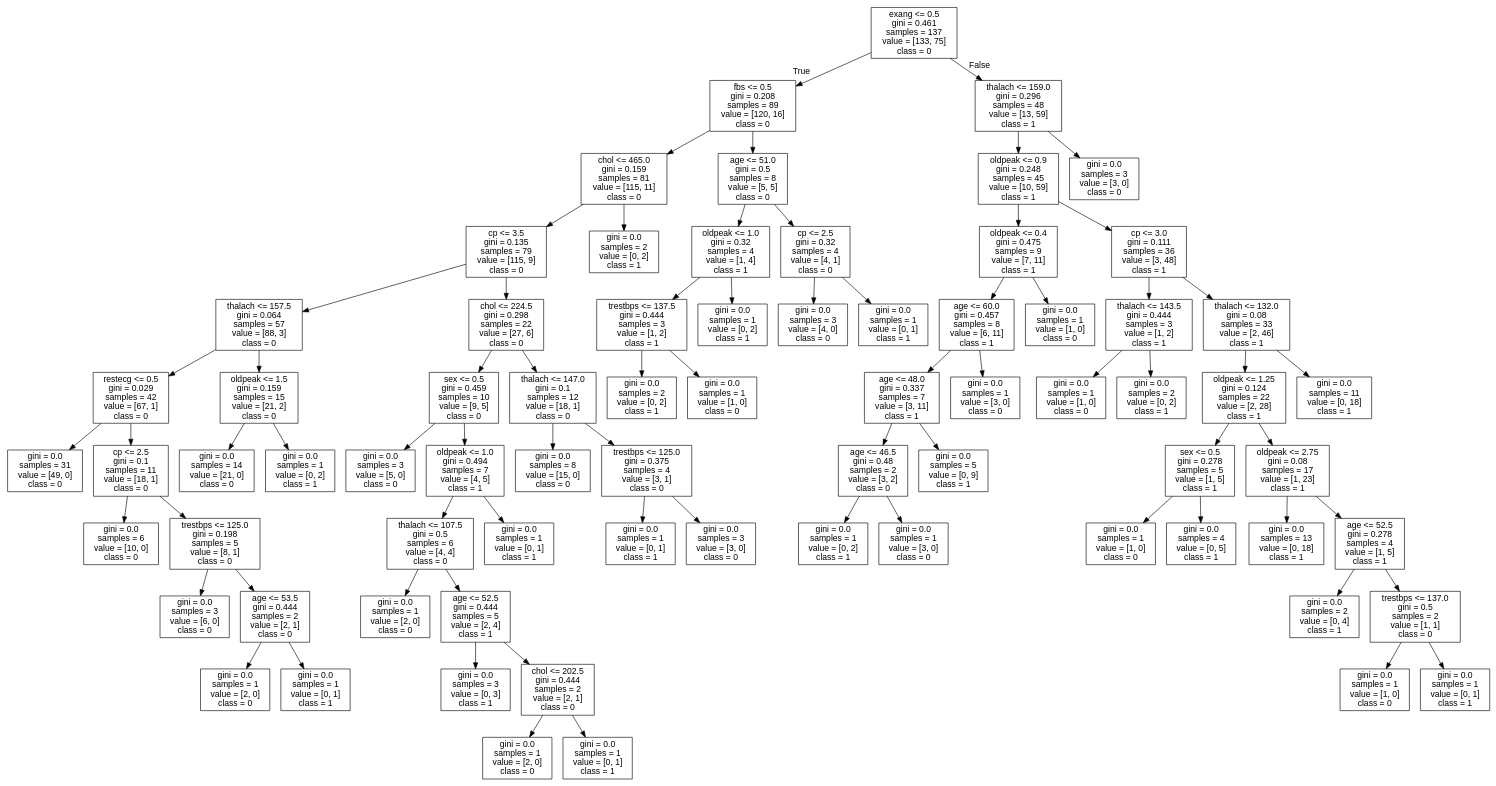
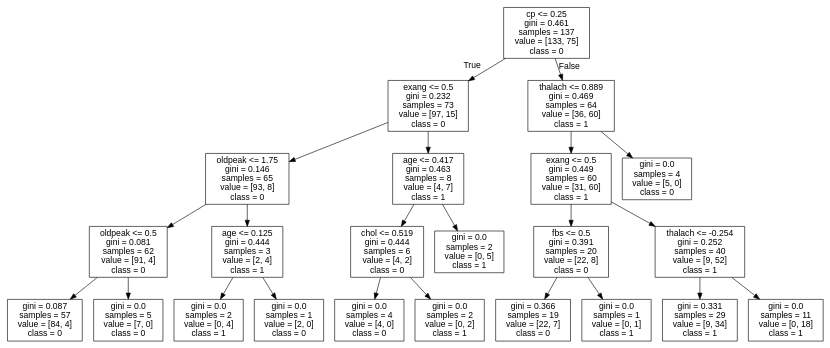
One commit to cyrilvincent/ML changed the diagram in data/heartdisease/tree.dot. Above: the diagram before and after it, drawn with Graphviz. The commit also changed 2 other files, not shown here.

```diff
--- a/data/heartdisease/tree.dot
+++ b/data/heartdisease/tree.dot
@@ -1,149 +1,49 @@
 digraph Tree {
 node [shape=box, fontname="helvetica"] ;
 edge [fontname="helvetica"] ;
-0 [label="exang <= 0.5\ngini = 0.461\nsamples = 137\nvalue = [133, 75]\nclass = 0"] ;
-1 [label="fbs <= 0.5\ngini = 0.208\nsamples = 89\nvalue = [120, 16]\nclass = 0"] ;
+0 [label="cp <= 0.25\ngini = 0.461\nsamples = 137\nvalue = [133, 75]\nclass = 0"] ;
+1 [label="exang <= 0.5\ngini = 0.232\nsamples = 73\nvalue = [97, 15]\nclass = 0"] ;
 0 -> 1 [labeldistance=2.5, labelangle=45, headlabel="True"] ;
-2 [label="chol <= 465.0\ngini = 0.159\nsamples = 81\nvalue = [115, 11]\nclass = 0"] ;
+2 [label="oldpeak <= 1.75\ngini = 0.146\nsamples = 65\nvalue = [93, 8]\nclass = 0"] ;
 1 -> 2 ;
-3 [label="cp <= 3.5\ngini = 0.135\nsamples = 79\nvalue = [115, 9]\nclass = 0"] ;
+3 [label="oldpeak <= 0.5\ngini = 0.081\nsamples = 62\nvalue = [91, 4]\nclass = 0"] ;
 2 -> 3 ;
-4 [label="thalach <= 157.5\ngini = 0.064\nsamples = 57\nvalue = [88, 3]\nclass = 0"] ;
+4 [label="gini = 0.087\nsamples = 57\nvalue = [84, 4]\nclass = 0"] ;
 3 -> 4 ;
-5 [label="restecg <= 0.5\ngini = 0.029\nsamples = 42\nvalue = [67, 1]\nclass = 0"] ;
-4 -> 5 ;
-6 [label="gini = 0.0\nsamples = 31\nvalue = [49, 0]\nclass = 0"] ;
-5 -> 6 ;
-7 [label="cp <= 2.5\ngini = 0.1\nsamples = 11\nvalue = [18, 1]\nclass = 0"] ;
-5 -> 7 ;
-8 [label="gini = 0.0\nsamples = 6\nvalue = [10, 0]\nclass = 0"] ;
-7 -> 8 ;
-9 [label="trestbps <= 125.0\ngini = 0.198\nsamples = 5\nvalue = [8, 1]\nclass = 0"] ;
-7 -> 9 ;
-10 [label="gini = 0.0\nsamples = 3\nvalue = [6, 0]\nclass = 0"] ;
+5 [label="gini = 0.0\nsamples = 5\nvalue = [7, 0]\nclass = 0"] ;
+3 -> 5 ;
+6 [label="age <= 0.125\ngini = 0.444\nsamples = 3\nvalue = [2, 4]\nclass = 1"] ;
+2 -> 6 ;
+7 [label="gini = 0.0\nsamples = 2\nvalue = [0, 4]\nclass = 1"] ;
+6 -> 7 ;
+8 [label="gini = 0.0\nsamples = 1\nvalue = [2, 0]\nclass = 0"] ;
+6 -> 8 ;
+9 [label="age <= 0.417\ngini = 0.463\nsamples = 8\nvalue = [4, 7]\nclass = 1"] ;
+1 -> 9 ;
+10 [label="chol <= 0.519\ngini = 0.444\nsamples = 6\nvalue = [4, 2]\nclass = 0"] ;
 9 -> 10 ;
-11 [label="age <= 53.5\ngini = 0.444\nsamples = 2\nvalue = [2, 1]\nclass = 0"] ;
-9 -> 11 ;
-12 [label="gini = 0.0\nsamples = 1\nvalue = [2, 0]\nclass = 0"] ;
-11 -> 12 ;
-13 [label="gini = 0.0\nsamples = 1\nvalue = [0, 1]\nclass = 1"] ;
-11 -> 13 ;
-14 [label="oldpeak <= 1.5\ngini = 0.159\nsamples = 15\nvalue = [21, 2]\nclass = 0"] ;
-4 -> 14 ;
-15 [label="gini = 0.0\nsamples = 14\nvalue = [21, 0]\nclass = 0"] ;
+11 [label="gini = 0.0\nsamples = 4\nvalue = [4, 0]\nclass = 0"] ;
+10 -> 11 ;
+12 [label="gini = 0.0\nsamples = 2\nvalue = [0, 2]\nclass = 1"] ;
+10 -> 12 ;
+13 [label="gini = 0.0\nsamples = 2\nvalue = [0, 5]\nclass = 1"] ;
+9 -> 13 ;
+14 [label="thalach <= 0.889\ngini = 0.469\nsamples = 64\nvalue = [36, 60]\nclass = 1"] ;
+0 -> 14 [labeldistance=2.5, labelangle=-45, headlabel="False"] ;
+15 [label="exang <= 0.5\ngini = 0.449\nsamples = 60\nvalue = [31, 60]\nclass = 1"] ;
 14 -> 15 ;
-16 [label="gini = 0.0\nsamples = 1\nvalue = [0, 2]\nclass = 1"] ;
-14 -> 16 ;
-17 [label="chol <= 224.5\ngini = 0.298\nsamples = 22\nvalue = [27, 6]\nclass = 0"] ;
-3 -> 17 ;
-18 [label="sex <= 0.5\ngini = 0.459\nsamples = 10\nvalue = [9, 5]\nclass = 0"] ;
-17 -> 18 ;
-19 [label="gini = 0.0\nsamples = 3\nvalue = [5, 0]\nclass = 0"] ;
-18 -> 19 ;
-20 [label="oldpeak <= 1.0\ngini = 0.494\nsamples = 7\nvalue = [4, 5]\nclass = 1"] ;
-18 -> 20 ;
-21 [label="thalach <= 107.5\ngini = 0.5\nsamples = 6\nvalue = [4, 4]\nclass = 0"] ;
-20 -> 21 ;
-22 [label="gini = 0.0\nsamples = 1\nvalue = [2, 0]\nclass = 0"] ;
-21 -> 22 ;
-23 [label="age <= 52.5\ngini = 0.444\nsamples = 5\nvalue = [2, 4]\nclass = 1"] ;
-21 -> 23 ;
-24 [label="gini = 0.0\nsamples = 3\nvalue = [0, 3]\nclass = 1"] ;
-23 -> 24 ;
-25 [label="chol <= 202.5\ngini = 0.444\nsamples = 2\nvalue = [2, 1]\nclass = 0"] ;
-23 -> 25 ;
-26 [label="gini = 0.0\nsamples = 1\nvalue = [2, 0]\nclass = 0"] ;
-25 -> 26 ;
-27 [label="gini = 0.0\nsamples = 1\nvalue = [0, 1]\nclass = 1"] ;
-25 -> 27 ;
-28 [label="gini = 0.0\nsamples = 1\nvalue = [0, 1]\nclass = 1"] ;
-20 -> 28 ;
-29 [label="thalach <= 147.0\ngini = 0.1\nsamples = 12\nvalue = [18, 1]\nclass = 0"] ;
-17 -> 29 ;
-30 [label="gini = 0.0\nsamples = 8\nvalue = [15, 0]\nclass = 0"] ;
-29 -> 30 ;
-31 [label="trestbps <= 125.0\ngini = 0.375\nsamples = 4\nvalue = [3, 1]\nclass = 0"] ;
-29 -> 31 ;
-32 [label="gini = 0.0\nsamples = 1\nvalue = [0, 1]\nclass = 1"] ;
-31 -> 32 ;
-33 [label="gini = 0.0\nsamples = 3\nvalue = [3, 0]\nclass = 0"] ;
-31 -> 33 ;
-34 [label="gini = 0.0\nsamples = 2\nvalue = [0, 2]\nclass = 1"] ;
-2 -> 34 ;
-35 [label="age <= 51.0\ngini = 0.5\nsamples = 8\nvalue = [5, 5]\nclass = 0"] ;
-1 -> 35 ;
-36 [label="oldpeak <= 1.0\ngini = 0.32\nsamples = 4\nvalue = [1, 4]\nclass = 1"] ;
-35 -> 36 ;
-37 [label="trestbps <= 137.5\ngini = 0.444\nsamples = 3\nvalue = [1, 2]\nclass = 1"] ;
-36 -> 37 ;
-38 [label="gini = 0.0\nsamples = 2\nvalue = [0, 2]\nclass = 1"] ;
-37 -> 38 ;
-39 [label="gini = 0.0\nsamples = 1\nvalue = [1, 0]\nclass = 0"] ;
-37 -> 39 ;
-40 [label="gini = 0.0\nsamples = 1\nvalue = [0, 2]\nclass = 1"] ;
-36 -> 40 ;
-41 [label="cp <= 2.5\ngini = 0.32\nsamples = 4\nvalue = [4, 1]\nclass = 0"] ;
-35 -> 41 ;
-42 [label="gini = 0.0\nsamples = 3\nvalue = [4, 0]\nclass = 0"] ;
-41 -> 42 ;
-43 [label="gini = 0.0\nsamples = 1\nvalue = [0, 1]\nclass = 1"] ;
-41 -> 43 ;
-44 [label="thalach <= 159.0\ngini = 0.296\nsamples = 48\nvalue = [13, 59]\nclass = 1"] ;
-0 -> 44 [labeldistance=2.5, labelangle=-45, headlabel="False"] ;
-45 [label="oldpeak <= 0.9\ngini = 0.248\nsamples = 45\nvalue = [10, 59]\nclass = 1"] ;
-44 -> 45 ;
-46 [label="oldpeak <= 0.4\ngini = 0.475\nsamples = 9\nvalue = [7, 11]\nclass = 1"] ;
-45 -> 46 ;
-47 [label="age <= 60.0\ngini = 0.457\nsamples = 8\nvalue = [6, 11]\nclass = 1"] ;
-46 -> 47 ;
-48 [label="age <= 48.0\ngini = 0.337\nsamples = 7\nvalue = [3, 11]\nclass = 1"] ;
-47 -> 48 ;
-49 [label="age <= 46.5\ngini = 0.48\nsamples = 2\nvalue = [3, 2]\nclass = 0"] ;
-48 -> 49 ;
-50 [label="gini = 0.0\nsamples = 1\nvalue = [0, 2]\nclass = 1"] ;
-49 -> 50 ;
-51 [label="gini = 0.0\nsamples = 1\nvalue = [3, 0]\nclass = 0"] ;
-49 -> 51 ;
-52 [label="gini = 0.0\nsamples = 5\nvalue = [0, 9]\nclass = 1"] ;
-48 -> 52 ;
-53 [label="gini = 0.0\nsamples = 1\nvalue = [3, 0]\nclass = 0"] ;
-47 -> 53 ;
-54 [label="gini = 0.0\nsamples = 1\nvalue = [1, 0]\nclass = 0"] ;
-46 -> 54 ;
-55 [label="cp <= 3.0\ngini = 0.111\nsamples = 36\nvalue = [3, 48]\nclass = 1"] ;
-45 -> 55 ;
-56 [label="thalach <= 143.5\ngini = 0.444\nsamples = 3\nvalue = [1, 2]\nclass = 1"] ;
-55 -> 56 ;
-57 [label="gini = 0.0\nsamples = 1\nvalue = [1, 0]\nclass = 0"] ;
-56 -> 57 ;
-58 [label="gini = 0.0\nsamples = 2\nvalue = [0, 2]\nclass = 1"] ;
-56 -> 58 ;
-59 [label="thalach <= 132.0\ngini = 0.08\nsamples = 33\nvalue = [2, 46]\nclass = 1"] ;
-55 -> 59 ;
-60 [label="oldpeak <= 1.25\ngini = 0.124\nsamples = 22\nvalue = [2, 28]\nclass = 1"] ;
-59 -> 60 ;
-61 [label="sex <= 0.5\ngini = 0.278\nsamples = 5\nvalue = [1, 5]\nclass = 1"] ;
-60 -> 61 ;
-62 [label="gini = 0.0\nsamples = 1\nvalue = [1, 0]\nclass = 0"] ;
-61 -> 62 ;
-63 [label="gini = 0.0\nsamples = 4\nvalue = [0, 5]\nclass = 1"] ;
-61 -> 63 ;
-64 [label="oldpeak <= 2.75\ngini = 0.08\nsamples = 17\nvalue = [1, 23]\nclass = 1"] ;
-60 -> 64 ;
-65 [label="gini = 0.0\nsamples = 13\nvalue = [0, 18]\nclass = 1"] ;
-64 -> 65 ;
-66 [label="age <= 52.5\ngini = 0.278\nsamples = 4\nvalue = [1, 5]\nclass = 1"] ;
-64 -> 66 ;
-67 [label="gini = 0.0\nsamples = 2\nvalue = [0, 4]\nclass = 1"] ;
-66 -> 67 ;
-68 [label="trestbps <= 137.0\ngini = 0.5\nsamples = 2\nvalue = [1, 1]\nclass = 0"] ;
-66 -> 68 ;
-69 [label="gini = 0.0\nsamples = 1\nvalue = [1, 0]\nclass = 0"] ;
-68 -> 69 ;
-70 [label="gini = 0.0\nsamples = 1\nvalue = [0, 1]\nclass = 1"] ;
-68 -> 70 ;
-71 [label="gini = 0.0\nsamples = 11\nvalue = [0, 18]\nclass = 1"] ;
-59 -> 71 ;
-72 [label="gini = 0.0\nsamples = 3\nvalue = [3, 0]\nclass = 0"] ;
-44 -> 72 ;
+16 [label="fbs <= 0.5\ngini = 0.391\nsamples = 20\nvalue = [22, 8]\nclass = 0"] ;
+15 -> 16 ;
+17 [label="gini = 0.366\nsamples = 19\nvalue = [22, 7]\nclass = 0"] ;
+16 -> 17 ;
+18 [label="gini = 0.0\nsamples = 1\nvalue = [0, 1]\nclass = 1"] ;
+16 -> 18 ;
+19 [label="thalach <= -0.254\ngini = 0.252\nsamples = 40\nvalue = [9, 52]\nclass = 1"] ;
+15 -> 19 ;
+20 [label="gini = 0.331\nsamples = 29\nvalue = [9, 34]\nclass = 1"] ;
+19 -> 20 ;
+21 [label="gini = 0.0\nsamples = 11\nvalue = [0, 18]\nclass = 1"] ;
+19 -> 21 ;
+22 [label="gini = 0.0\nsamples = 4\nvalue = [5, 0]\nclass = 0"] ;
+14 -> 22 ;
 }
```
